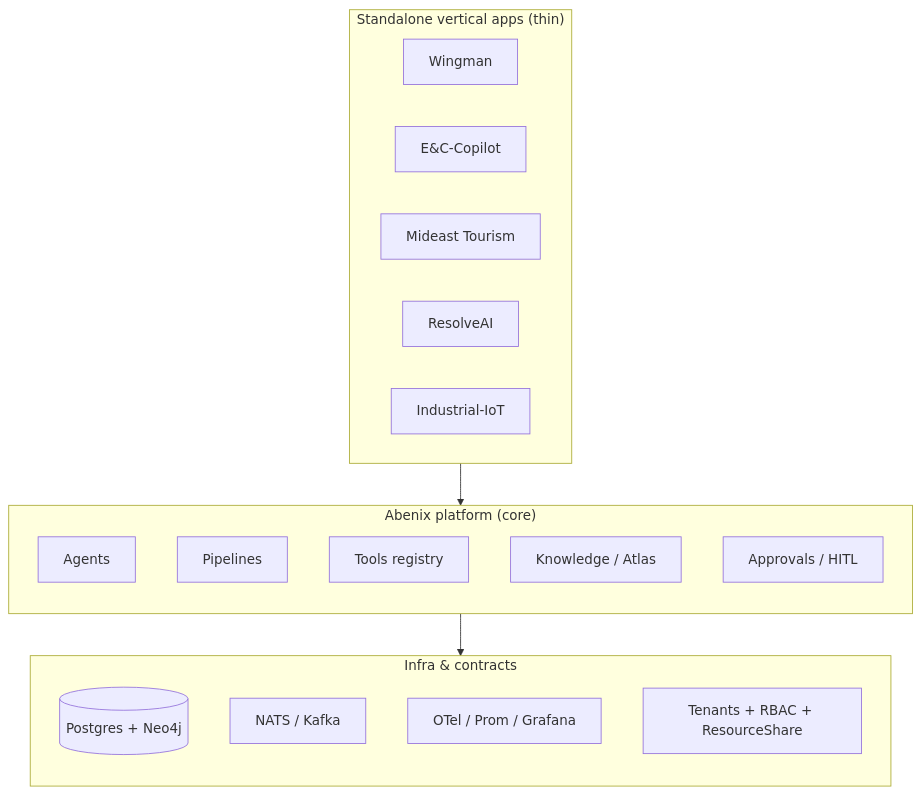
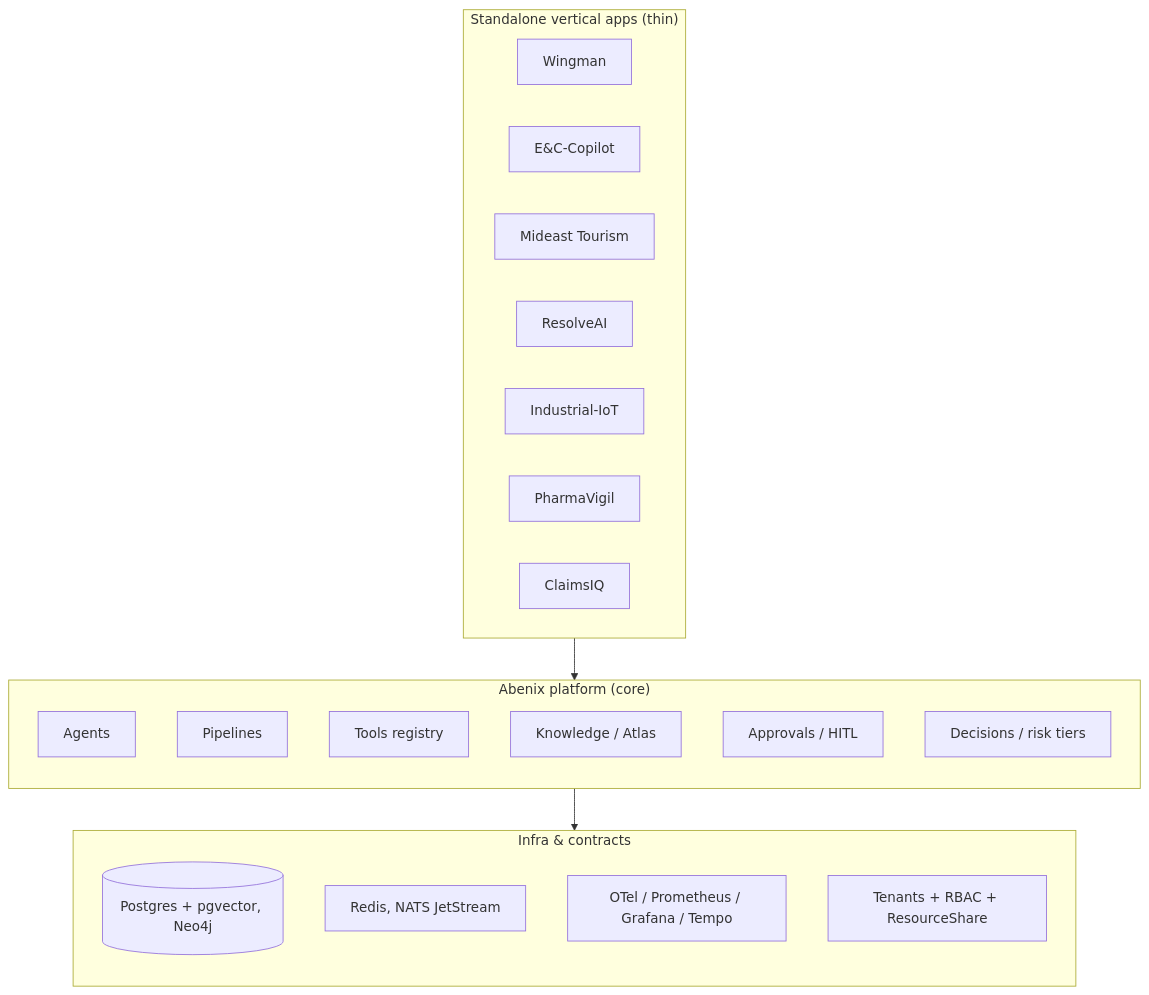
Before and after one commit to sarkar4777/abenix: the first of 2 diagrams in docs/01-architecture/00-overview.md, drawn with Mermaid. The commit also changed other lines of this file and 288 other files, not shown here.

````diff
--- a/docs/01-architecture/00-overview.md
+++ b/docs/01-architecture/00-overview.md
@@ -15,30 +15,33 @@
 ```mermaid
 flowchart TB
   subgraph PERIPHERY["Standalone vertical apps (thin)"]
     W[Wingman]
     C[E&C-Copilot]
     S[Mideast Tourism]
     R[ResolveAI]
     I[Industrial-IoT]
+    PV[PharmaVigil]
+    CL[ClaimsIQ]
   end
 
   subgraph PLATFORM["Abenix platform (core)"]
     direction TB
     A[Agents]
     P[Pipelines]
     T[Tools registry]
     K[Knowledge / Atlas]
     AP[Approvals / HITL]
+    D[Decisions / risk tiers]
   end
 
   subgraph FOUNDATION["Infra & contracts"]
     direction TB
-    DB[(Postgres + Neo4j)]
-    Q[NATS / Kafka]
-    OBS[OTel / Prom / Grafana]
+    DB[(Postgres + pgvector, Neo4j)]
+    Q[Redis, NATS JetStream]
+    OBS[OTel / Prometheus / Grafana / Tempo]
     RBAC[Tenants + RBAC + ResourceShare]
   end
 
   PERIPHERY --> PLATFORM
   PLATFORM --> FOUNDATION
 ```
````
